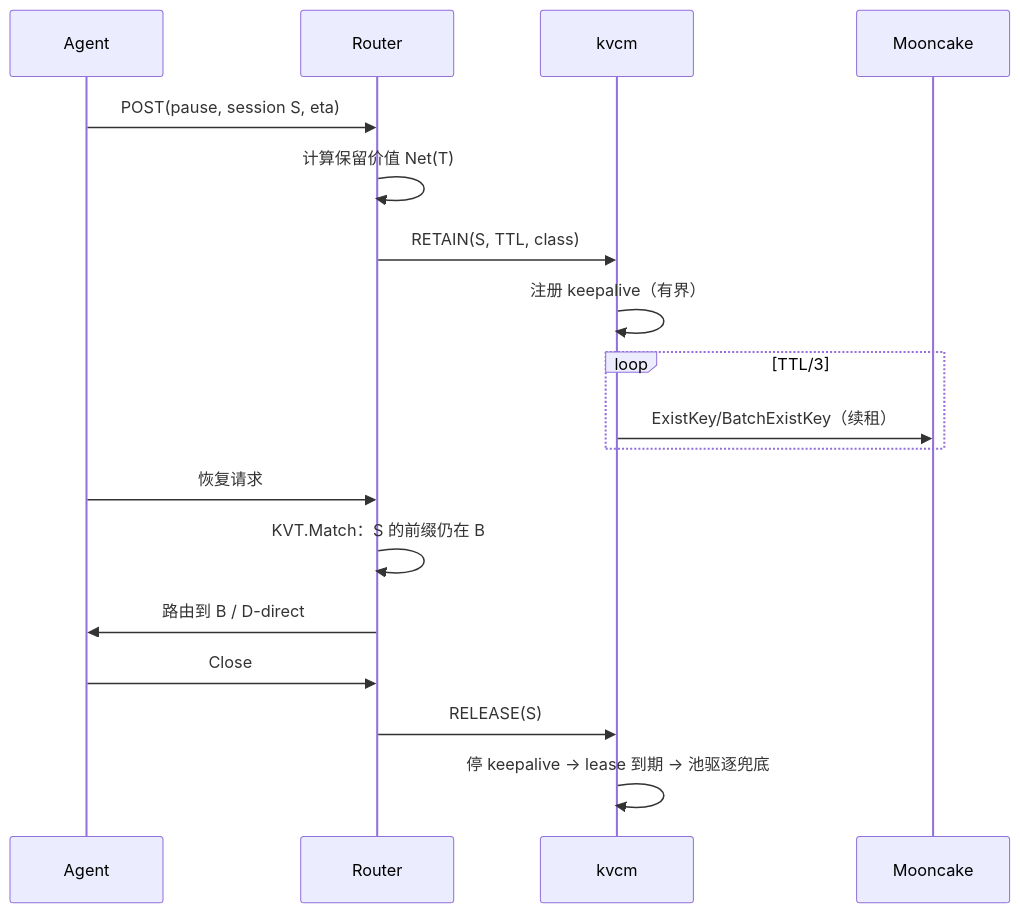
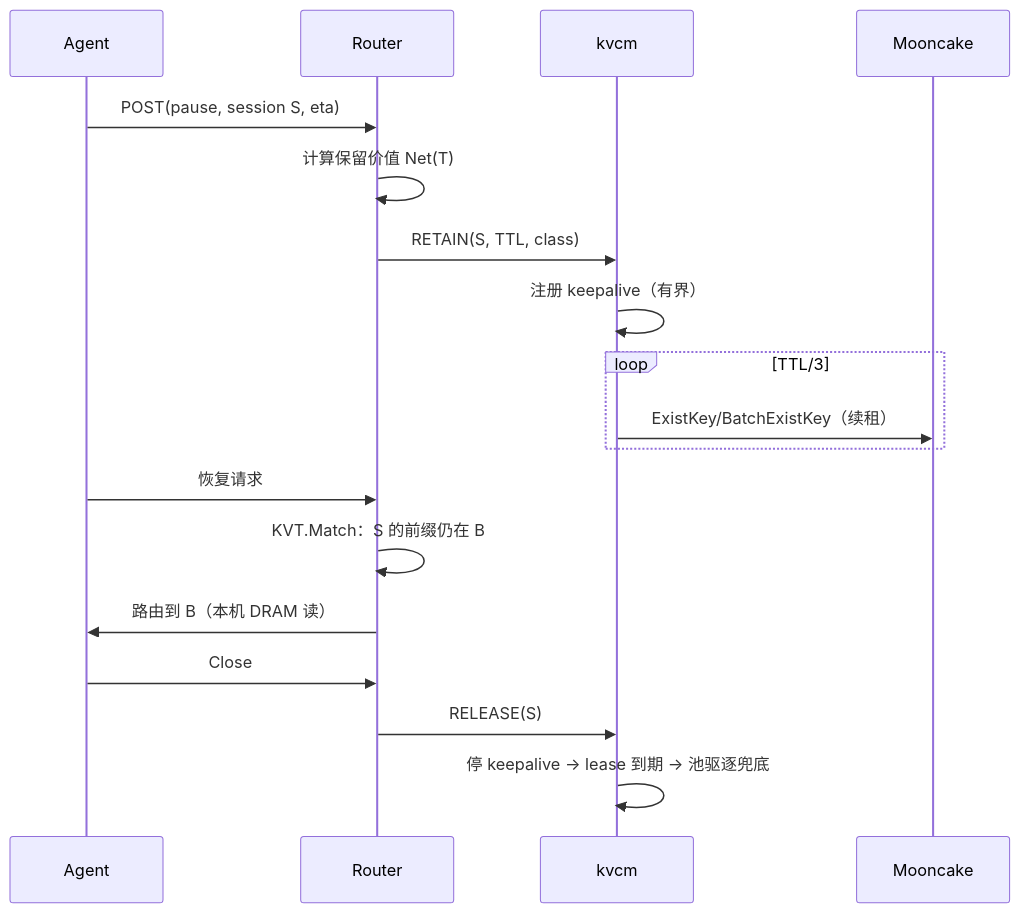
Before and after one commit to 5x8-40/lake: the fourth of 10 diagrams in kvcm/design/flows/scheduling.md, drawn with Mermaid. The commit also changed other lines of this file and 5 other files, not shown here.

````diff
--- a/kvcm/design/flows/scheduling.md
+++ b/kvcm/design/flows/scheduling.md
@@ -89,21 +102,21 @@
 ```mermaid
 sequenceDiagram
     participant A as Agent
     participant R as Router
     participant K as kvcm
     participant M as Mooncake
 
     A->>R: POST(pause, session S, eta)
     R->>R: 计算保留价值 Net(T)
     R->>K: RETAIN(S, TTL, class)
     K->>K: 注册 keepalive（有界）
     loop TTL/3
         K->>M: ExistKey/BatchExistKey（续租）
     end
     A->>R: 恢复请求
     R->>R: KVT.Match：S 的前缀仍在 B
-    R->>A: 路由到 B / D-direct
+    R->>A: 路由到 B（本机 DRAM 读）
     A->>R: Close
     R->>K: RELEASE(S)
     K->>K: 停 keepalive → lease 到期 → 池驱逐兜底
 ```
````
